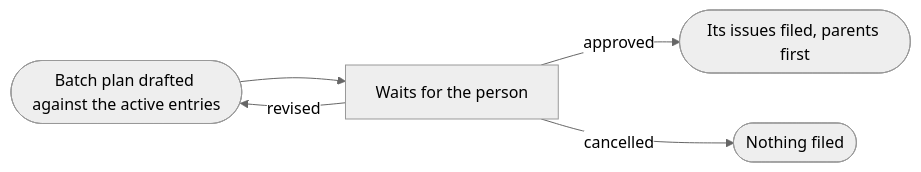
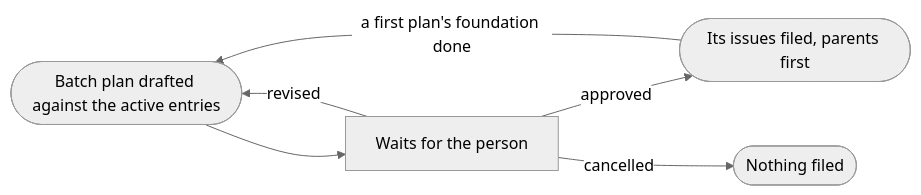
The second of 2 diagrams in tech-docs/analysis/project-management/domain-model/050-batch-planning.md (aleskalfas/project-kit), drawn with Mermaid (neutral theme) before and after one commit. The commit also changed other lines of this file and 7 other files, not shown here.

````diff
--- a/tech-docs/analysis/project-management/domain-model/050-batch-planning.md
+++ b/tech-docs/analysis/project-management/domain-model/050-batch-planning.md
@@ -45,9 +49,10 @@
 ```mermaid
 flowchart LR
   accTitle: How a batch plan moves
-  accDescr: A batch plan is drafted against the active use-case entries, then waits for a person. Approved, its issues are filed, parents first. Revised, it is drafted again. Cancelled, nothing is filed.
+  accDescr: A batch plan is drafted against the active use-case entries, then waits for a person. Approved, its issues are filed, parents first. Revised, it is drafted again. Cancelled, nothing is filed. Once a first plan's foundation is done, a second plan is drafted for the slices.
   drafted([Batch plan drafted against the active entries]) --> waits[Waits for the person]
   waits -->|approved| filed([Its issues filed, parents first])
   waits -->|revised| drafted
   waits -->|cancelled| nothing([Nothing filed])
+  filed -->|a first plan's foundation done| drafted
 ```
````
